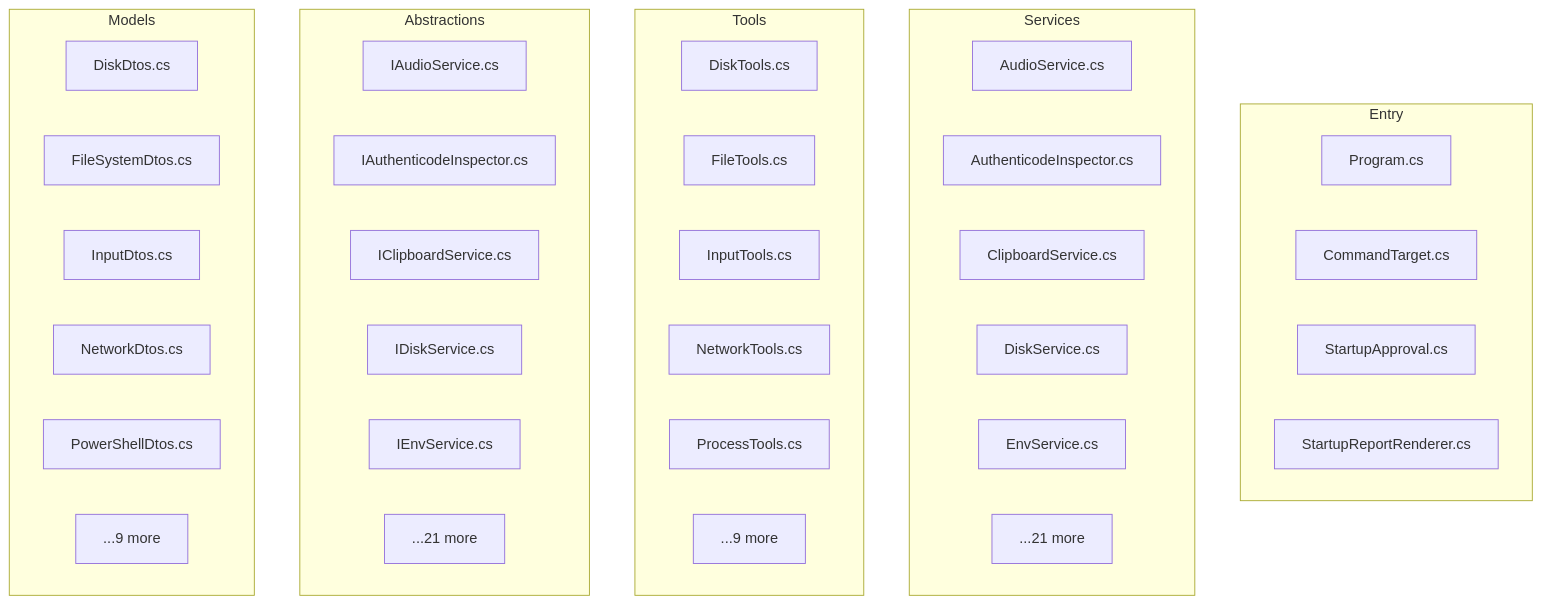
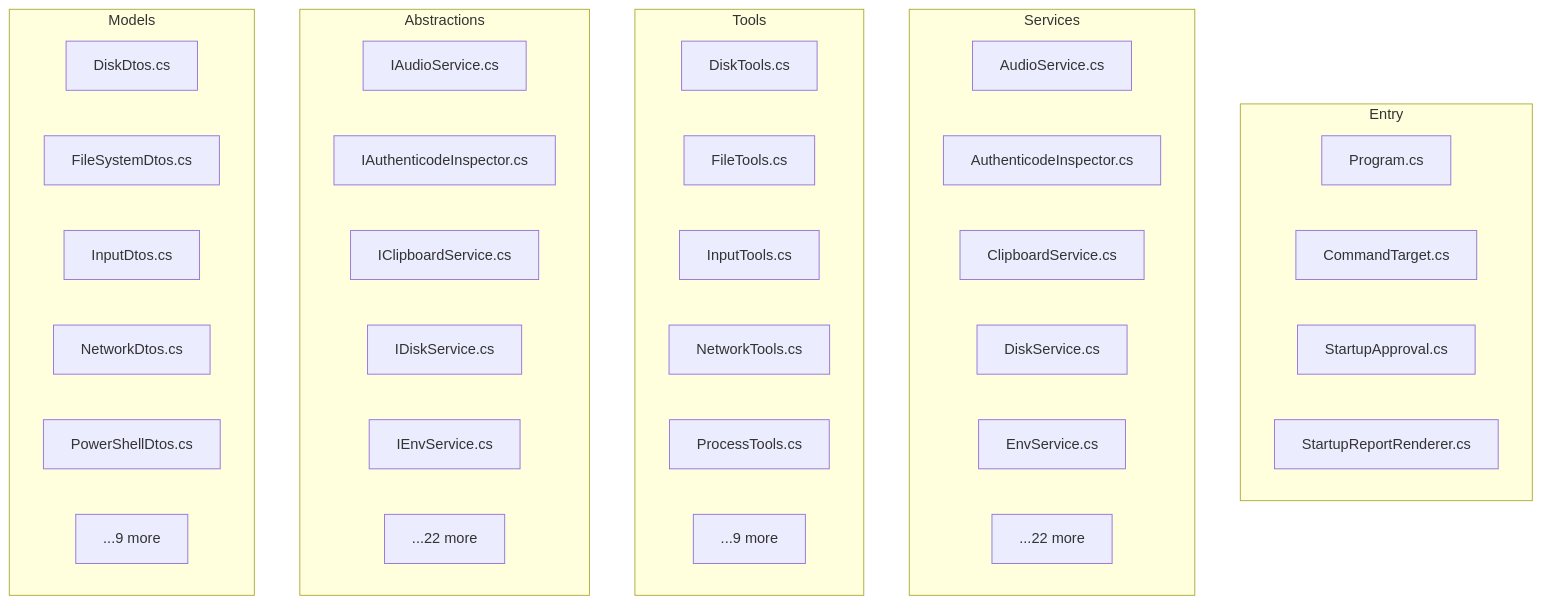
Before and after one commit to Steven23456/Windows-mcp: the diagram in docs/architecture/DEPENDENCY_GRAPH.md, drawn with Mermaid. The commit also changed other lines of this file and 14 other files, not shown here.

````diff
--- a/docs/architecture/DEPENDENCY_GRAPH.md
+++ b/docs/architecture/DEPENDENCY_GRAPH.md
@@ -1329,46 +1359,46 @@
 ```mermaid
 graph TD
     subgraph Entry
         N0[Program.cs]
         N1[CommandTarget.cs]
         N2[StartupApproval.cs]
         N3[StartupReportRenderer.cs]
     end
 
     subgraph Services
         N4[AudioService.cs]
         N5[AuthenticodeInspector.cs]
         N6[ClipboardService.cs]
         N7[DiskService.cs]
         N8[EnvService.cs]
-        N9[...21 more]
+        N9[...22 more]
     end
 
     subgraph Tools
         N10[DiskTools.cs]
         N11[FileTools.cs]
         N12[InputTools.cs]
         N13[NetworkTools.cs]
         N14[ProcessTools.cs]
         N15[...9 more]
     end
 
     subgraph Abstractions
         N16[IAudioService.cs]
         N17[IAuthenticodeInspector.cs]
         N18[IClipboardService.cs]
         N19[IDiskService.cs]
         N20[IEnvService.cs]
-        N21[...21 more]
+        N21[...22 more]
     end
 
     subgraph Models
         N22[DiskDtos.cs]
         N23[FileSystemDtos.cs]
         N24[InputDtos.cs]
         N25[NetworkDtos.cs]
         N26[PowerShellDtos.cs]
         N27[...9 more]
     end
 
 ```
````
